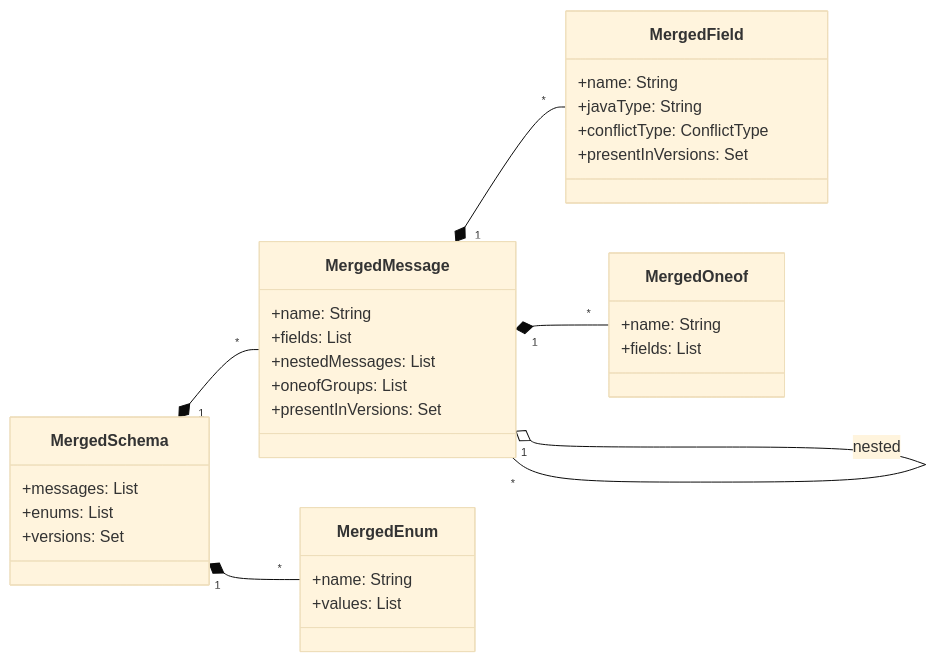
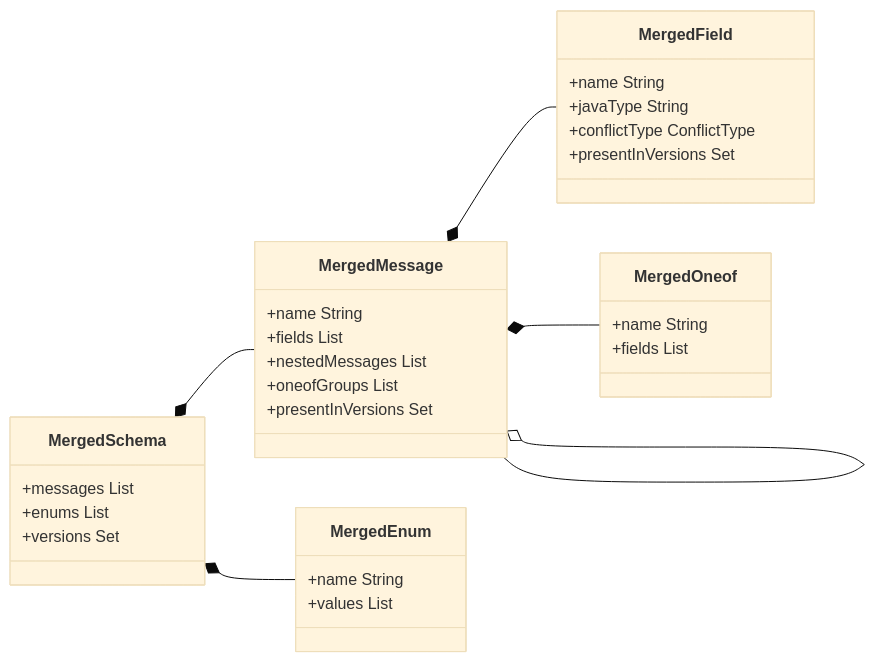
The third of 6 diagrams in docs/ARCHITECTURE.md (alnovis/proto-wrapper-plugin), drawn with Mermaid (base theme) before and after one commit. The commit also changed other lines of this file, not shown here.

First line of the commit message:
fix(docs): simplify Mermaid diagrams for GitHub compatibility

````diff
--- a/docs/ARCHITECTURE.md
+++ b/docs/ARCHITECTURE.md
@@ -348,41 +343,41 @@
 ```mermaid
 classDiagram
     direction LR
 
     class MergedSchema {
-        +messages: List
-        +enums: List
-        +versions: Set
+        +messages List
+        +enums List
+        +versions Set
     }
 
     class MergedMessage {
-        +name: String
-        +fields: List
-        +nestedMessages: List
-        +oneofGroups: List
-        +presentInVersions: Set
+        +name String
+        +fields List
+        +nestedMessages List
+        +oneofGroups List
+        +presentInVersions Set
     }
 
     class MergedField {
-        +name: String
-        +javaType: String
-        +conflictType: ConflictType
-        +presentInVersions: Set
+        +name String
+        +javaType String
+        +conflictType ConflictType
+        +presentInVersions Set
     }
 
     class MergedOneof {
-        +name: String
-        +fields: List
+        +name String
+        +fields List
     }
 
     class MergedEnum {
-        +name: String
-        +values: List
+        +name String
+        +values List
     }
 
-    MergedSchema "1" *-- "*" MergedMessage
-    MergedSchema "1" *-- "*" MergedEnum
-    MergedMessage "1" *-- "*" MergedField
-    MergedMessage "1" *-- "*" MergedOneof
-    MergedMessage "1" o-- "*" MergedMessage : nested
+    MergedSchema *-- MergedMessage
+    MergedSchema *-- MergedEnum
+    MergedMessage *-- MergedField
+    MergedMessage *-- MergedOneof
+    MergedMessage o-- MergedMessage
 ```
````
